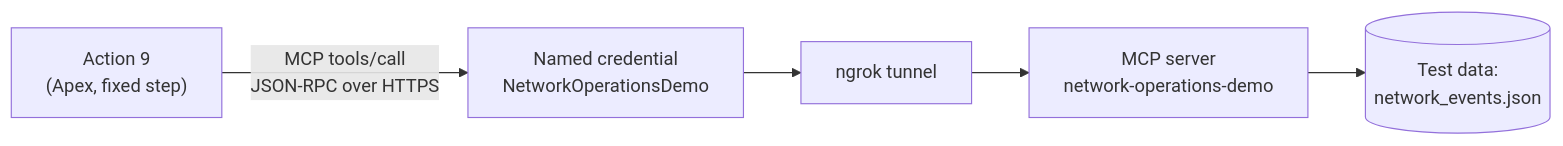
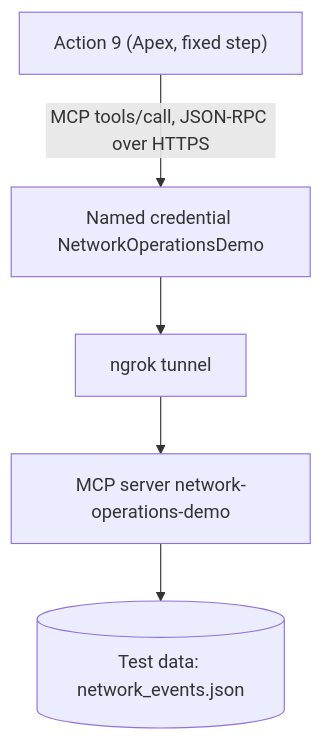
One commit to AbhimanyuBhagwati/servicing-agent-demo changed the second of 2 diagrams in README.md. Above: the diagram before and after it, drawn with Mermaid.

Commit message:
README: the MCP diagram from top to bottom, so that the zoom buttons of GitHub do not cover a box

````diff
--- a/README.md
+++ b/README.md
@@ -163,5 +163,7 @@
 ```mermaid
-flowchart LR
-    A9["Action 9<br/>(Apex, fixed step)"] -- "MCP tools/call<br/>JSON-RPC over HTTPS" --> NC["Named credential<br/>NetworkOperationsDemo"]
-    NC --> T["ngrok tunnel"] --> M["MCP server<br/>network-operations-demo"] --> F[("Test data:<br/>network_events.json")]
+flowchart TB
+    A9["Action 9 (Apex, fixed step)"] -- "MCP tools/call, JSON-RPC over HTTPS" --> NC["Named credential NetworkOperationsDemo"]
+    NC --> T["ngrok tunnel"]
+    T --> M["MCP server network-operations-demo"]
+    M --> F[("Test data: network_events.json")]
 ```
````
